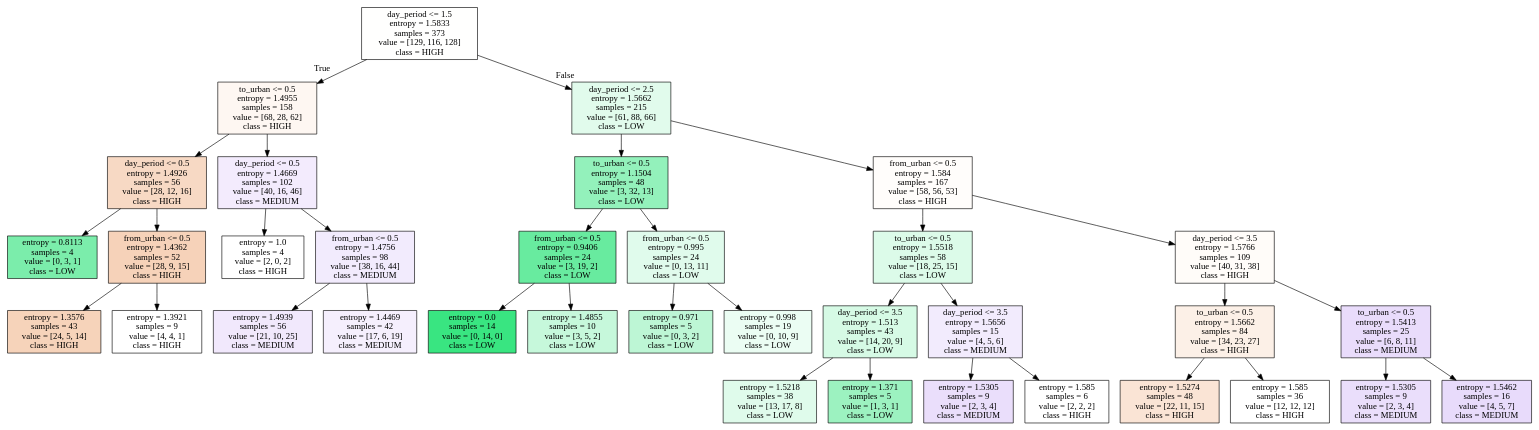
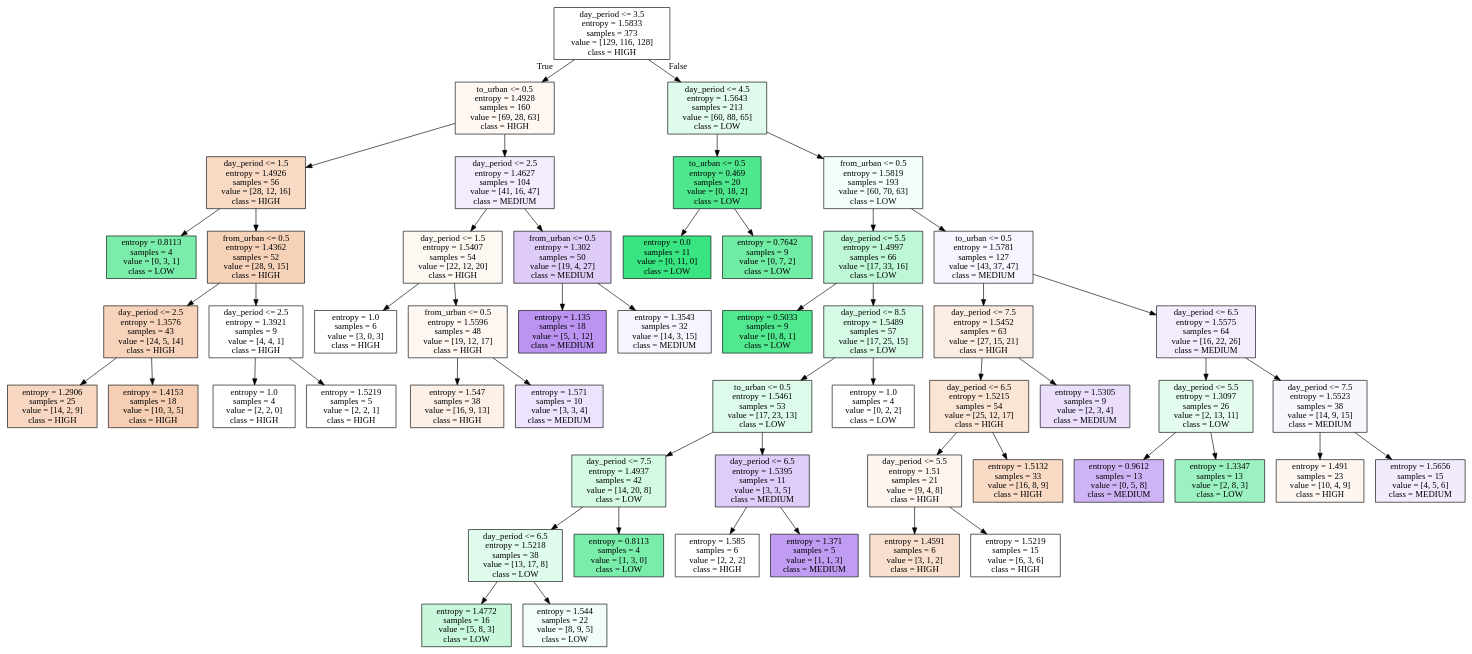
The diagram in MONDAY_iris.dot (alexdaube/BelgianTrainsOccupancy), drawn with Graphviz before and after one commit. The commit also changed 17 other files, not shown here.

```diff
--- a/MONDAY_iris.dot
+++ b/MONDAY_iris.dot
@@ -1,72 +1,108 @@
 digraph Tree {
 node [shape=box, style="filled", color="black"] ;
-0 [label="day_period <= 1.5\nentropy = 1.5833\nsamples = 373\nvalue = [129, 116, 128]\nclass = HIGH", fillcolor="#e5813901"] ;
-1 [label="to_urban <= 0.5\nentropy = 1.4955\nsamples = 158\nvalue = [68, 28, 62]\nclass = HIGH", fillcolor="#e5813910"] ;
+0 [label="day_period <= 3.5\nentropy = 1.5833\nsamples = 373\nvalue = [129, 116, 128]\nclass = HIGH", fillcolor="#e5813901"] ;
+1 [label="to_urban <= 0.5\nentropy = 1.4928\nsamples = 160\nvalue = [69, 28, 63]\nclass = HIGH", fillcolor="#e5813910"] ;
 0 -> 1 [labeldistance=2.5, labelangle=45, headlabel="True"] ;
-2 [label="day_period <= 0.5\nentropy = 1.4926\nsamples = 56\nvalue = [28, 12, 16]\nclass = HIGH", fillcolor="#e581394c"] ;
+2 [label="day_period <= 1.5\nentropy = 1.4926\nsamples = 56\nvalue = [28, 12, 16]\nclass = HIGH", fillcolor="#e581394c"] ;
 1 -> 2 ;
 3 [label="entropy = 0.8113\nsamples = 4\nvalue = [0, 3, 1]\nclass = LOW", fillcolor="#39e581aa"] ;
 2 -> 3 ;
 4 [label="from_urban <= 0.5\nentropy = 1.4362\nsamples = 52\nvalue = [28, 9, 15]\nclass = HIGH", fillcolor="#e581395a"] ;
 2 -> 4 ;
-5 [label="entropy = 1.3576\nsamples = 43\nvalue = [24, 5, 14]\nclass = HIGH", fillcolor="#e5813958"] ;
+5 [label="day_period <= 2.5\nentropy = 1.3576\nsamples = 43\nvalue = [24, 5, 14]\nclass = HIGH", fillcolor="#e5813958"] ;
 4 -> 5 ;
-6 [label="entropy = 1.3921\nsamples = 9\nvalue = [4, 4, 1]\nclass = HIGH", fillcolor="#e5813900"] ;
-4 -> 6 ;
-7 [label="day_period <= 0.5\nentropy = 1.4669\nsamples = 102\nvalue = [40, 16, 46]\nclass = MEDIUM", fillcolor="#8139e519"] ;
-1 -> 7 ;
-8 [label="entropy = 1.0\nsamples = 4\nvalue = [2, 0, 2]\nclass = HIGH", fillcolor="#e5813900"] ;
-7 -> 8 ;
-9 [label="from_urban <= 0.5\nentropy = 1.4756\nsamples = 98\nvalue = [38, 16, 44]\nclass = MEDIUM", fillcolor="#8139e51a"] ;
-7 -> 9 ;
-10 [label="entropy = 1.4939\nsamples = 56\nvalue = [21, 10, 25]\nclass = MEDIUM", fillcolor="#8139e51d"] ;
-9 -> 10 ;
-11 [label="entropy = 1.4469\nsamples = 42\nvalue = [17, 6, 19]\nclass = MEDIUM", fillcolor="#8139e514"] ;
-9 -> 11 ;
-12 [label="day_period <= 2.5\nentropy = 1.5662\nsamples = 215\nvalue = [61, 88, 66]\nclass = LOW", fillcolor="#39e58126"] ;
-0 -> 12 [labeldistance=2.5, labelangle=-45, headlabel="False"] ;
-13 [label="to_urban <= 0.5\nentropy = 1.1504\nsamples = 48\nvalue = [3, 32, 13]\nclass = LOW", fillcolor="#39e5818a"] ;
+6 [label="entropy = 1.2906\nsamples = 25\nvalue = [14, 2, 9]\nclass = HIGH", fillcolor="#e5813950"] ;
+5 -> 6 ;
+7 [label="entropy = 1.4153\nsamples = 18\nvalue = [10, 3, 5]\nclass = HIGH", fillcolor="#e5813962"] ;
+5 -> 7 ;
+8 [label="day_period <= 2.5\nentropy = 1.3921\nsamples = 9\nvalue = [4, 4, 1]\nclass = HIGH", fillcolor="#e5813900"] ;
+4 -> 8 ;
+9 [label="entropy = 1.0\nsamples = 4\nvalue = [2, 2, 0]\nclass = HIGH", fillcolor="#e5813900"] ;
+8 -> 9 ;
+10 [label="entropy = 1.5219\nsamples = 5\nvalue = [2, 2, 1]\nclass = HIGH", fillcolor="#e5813900"] ;
+8 -> 10 ;
+11 [label="day_period <= 2.5\nentropy = 1.4627\nsamples = 104\nvalue = [41, 16, 47]\nclass = MEDIUM", fillcolor="#8139e518"] ;
+1 -> 11 ;
+12 [label="day_period <= 1.5\nentropy = 1.5407\nsamples = 54\nvalue = [22, 12, 20]\nclass = HIGH", fillcolor="#e581390f"] ;
+11 -> 12 ;
+13 [label="entropy = 1.0\nsamples = 6\nvalue = [3, 0, 3]\nclass = HIGH", fillcolor="#e5813900"] ;
 12 -> 13 ;
-14 [label="from_urban <= 0.5\nentropy = 0.9406\nsamples = 24\nvalue = [3, 19, 2]\nclass = LOW", fillcolor="#39e581c2"] ;
-13 -> 14 ;
-15 [label="entropy = 0.0\nsamples = 14\nvalue = [0, 14, 0]\nclass = LOW", fillcolor="#39e581ff"] ;
+14 [label="from_urban <= 0.5\nentropy = 1.5596\nsamples = 48\nvalue = [19, 12, 17]\nclass = HIGH", fillcolor="#e5813910"] ;
+12 -> 14 ;
+15 [label="entropy = 1.547\nsamples = 38\nvalue = [16, 9, 13]\nclass = HIGH", fillcolor="#e581391f"] ;
 14 -> 15 ;
-16 [label="entropy = 1.4855\nsamples = 10\nvalue = [3, 5, 2]\nclass = LOW", fillcolor="#39e58149"] ;
+16 [label="entropy = 1.571\nsamples = 10\nvalue = [3, 3, 4]\nclass = MEDIUM", fillcolor="#8139e524"] ;
 14 -> 16 ;
-17 [label="from_urban <= 0.5\nentropy = 0.995\nsamples = 24\nvalue = [0, 13, 11]\nclass = LOW", fillcolor="#39e58127"] ;
-13 -> 17 ;
-18 [label="entropy = 0.971\nsamples = 5\nvalue = [0, 3, 2]\nclass = LOW", fillcolor="#39e58155"] ;
+17 [label="from_urban <= 0.5\nentropy = 1.302\nsamples = 50\nvalue = [19, 4, 27]\nclass = MEDIUM", fillcolor="#8139e542"] ;
+11 -> 17 ;
+18 [label="entropy = 1.135\nsamples = 18\nvalue = [5, 1, 12]\nclass = MEDIUM", fillcolor="#8139e589"] ;
 17 -> 18 ;
-19 [label="entropy = 0.998\nsamples = 19\nvalue = [0, 10, 9]\nclass = LOW", fillcolor="#39e58119"] ;
+19 [label="entropy = 1.3543\nsamples = 32\nvalue = [14, 3, 15]\nclass = MEDIUM", fillcolor="#8139e50e"] ;
 17 -> 19 ;
-20 [label="from_urban <= 0.5\nentropy = 1.584\nsamples = 167\nvalue = [58, 56, 53]\nclass = HIGH", fillcolor="#e5813905"] ;
-12 -> 20 ;
-21 [label="to_urban <= 0.5\nentropy = 1.5518\nsamples = 58\nvalue = [18, 25, 15]\nclass = LOW", fillcolor="#39e5812d"] ;
+20 [label="day_period <= 4.5\nentropy = 1.5643\nsamples = 213\nvalue = [60, 88, 65]\nclass = LOW", fillcolor="#39e58128"] ;
+0 -> 20 [labeldistance=2.5, labelangle=-45, headlabel="False"] ;
+21 [label="to_urban <= 0.5\nentropy = 0.469\nsamples = 20\nvalue = [0, 18, 2]\nclass = LOW", fillcolor="#39e581e3"] ;
 20 -> 21 ;
-22 [label="day_period <= 3.5\nentropy = 1.513\nsamples = 43\nvalue = [14, 20, 9]\nclass = LOW", fillcolor="#39e58135"] ;
+22 [label="entropy = 0.0\nsamples = 11\nvalue = [0, 11, 0]\nclass = LOW", fillcolor="#39e581ff"] ;
 21 -> 22 ;
-23 [label="entropy = 1.5218\nsamples = 38\nvalue = [13, 17, 8]\nclass = LOW", fillcolor="#39e58129"] ;
-22 -> 23 ;
-24 [label="entropy = 1.371\nsamples = 5\nvalue = [1, 3, 1]\nclass = LOW", fillcolor="#39e5817f"] ;
-22 -> 24 ;
-25 [label="day_period <= 3.5\nentropy = 1.5656\nsamples = 15\nvalue = [4, 5, 6]\nclass = MEDIUM", fillcolor="#8139e51a"] ;
-21 -> 25 ;
-26 [label="entropy = 1.5305\nsamples = 9\nvalue = [2, 3, 4]\nclass = MEDIUM", fillcolor="#8139e52a"] ;
+23 [label="entropy = 0.7642\nsamples = 9\nvalue = [0, 7, 2]\nclass = LOW", fillcolor="#39e581b6"] ;
+21 -> 23 ;
+24 [label="from_urban <= 0.5\nentropy = 1.5819\nsamples = 193\nvalue = [60, 70, 63]\nclass = LOW", fillcolor="#39e5810e"] ;
+20 -> 24 ;
+25 [label="day_period <= 5.5\nentropy = 1.4997\nsamples = 66\nvalue = [17, 33, 16]\nclass = LOW", fillcolor="#39e58153"] ;
+24 -> 25 ;
+26 [label="entropy = 0.5033\nsamples = 9\nvalue = [0, 8, 1]\nclass = LOW", fillcolor="#39e581df"] ;
 25 -> 26 ;
-27 [label="entropy = 1.585\nsamples = 6\nvalue = [2, 2, 2]\nclass = HIGH", fillcolor="#e5813900"] ;
+27 [label="day_period <= 8.5\nentropy = 1.5489\nsamples = 57\nvalue = [17, 25, 15]\nclass = LOW", fillcolor="#39e58133"] ;
 25 -> 27 ;
-28 [label="day_period <= 3.5\nentropy = 1.5766\nsamples = 109\nvalue = [40, 31, 38]\nclass = HIGH", fillcolor="#e5813907"] ;
-20 -> 28 ;
-29 [label="to_urban <= 0.5\nentropy = 1.5662\nsamples = 84\nvalue = [34, 23, 27]\nclass = HIGH", fillcolor="#e581391f"] ;
+28 [label="to_urban <= 0.5\nentropy = 1.5461\nsamples = 53\nvalue = [17, 23, 13]\nclass = LOW", fillcolor="#39e5812b"] ;
+27 -> 28 ;
+29 [label="day_period <= 7.5\nentropy = 1.4937\nsamples = 42\nvalue = [14, 20, 8]\nclass = LOW", fillcolor="#39e58137"] ;
 28 -> 29 ;
-30 [label="entropy = 1.5274\nsamples = 48\nvalue = [22, 11, 15]\nclass = HIGH", fillcolor="#e5813936"] ;
+30 [label="day_period <= 6.5\nentropy = 1.5218\nsamples = 38\nvalue = [13, 17, 8]\nclass = LOW", fillcolor="#39e58129"] ;
 29 -> 30 ;
-31 [label="entropy = 1.585\nsamples = 36\nvalue = [12, 12, 12]\nclass = HIGH", fillcolor="#e5813900"] ;
-29 -> 31 ;
-32 [label="to_urban <= 0.5\nentropy = 1.5413\nsamples = 25\nvalue = [6, 8, 11]\nclass = MEDIUM", fillcolor="#8139e52d"] ;
-28 -> 32 ;
-33 [label="entropy = 1.5305\nsamples = 9\nvalue = [2, 3, 4]\nclass = MEDIUM", fillcolor="#8139e52a"] ;
-32 -> 33 ;
-34 [label="entropy = 1.5462\nsamples = 16\nvalue = [4, 5, 7]\nclass = MEDIUM", fillcolor="#8139e52e"] ;
-32 -> 34 ;
+31 [label="entropy = 1.4772\nsamples = 16\nvalue = [5, 8, 3]\nclass = LOW", fillcolor="#39e58146"] ;
+30 -> 31 ;
+32 [label="entropy = 1.544\nsamples = 22\nvalue = [8, 9, 5]\nclass = LOW", fillcolor="#39e58112"] ;
+30 -> 32 ;
+33 [label="entropy = 0.8113\nsamples = 4\nvalue = [1, 3, 0]\nclass = LOW", fillcolor="#39e581aa"] ;
+29 -> 33 ;
+34 [label="day_period <= 6.5\nentropy = 1.5395\nsamples = 11\nvalue = [3, 3, 5]\nclass = MEDIUM", fillcolor="#8139e540"] ;
+28 -> 34 ;
+35 [label="entropy = 1.585\nsamples = 6\nvalue = [2, 2, 2]\nclass = HIGH", fillcolor="#e5813900"] ;
+34 -> 35 ;
+36 [label="entropy = 1.371\nsamples = 5\nvalue = [1, 1, 3]\nclass = MEDIUM", fillcolor="#8139e57f"] ;
+34 -> 36 ;
+37 [label="entropy = 1.0\nsamples = 4\nvalue = [0, 2, 2]\nclass = LOW", fillcolor="#39e58100"] ;
+27 -> 37 ;
+38 [label="to_urban <= 0.5\nentropy = 1.5781\nsamples = 127\nvalue = [43, 37, 47]\nclass = MEDIUM", fillcolor="#8139e50c"] ;
+24 -> 38 ;
+39 [label="day_period <= 7.5\nentropy = 1.5452\nsamples = 63\nvalue = [27, 15, 21]\nclass = HIGH", fillcolor="#e5813924"] ;
+38 -> 39 ;
+40 [label="day_period <= 6.5\nentropy = 1.5215\nsamples = 54\nvalue = [25, 12, 17]\nclass = HIGH", fillcolor="#e5813937"] ;
+39 -> 40 ;
+41 [label="day_period <= 5.5\nentropy = 1.51\nsamples = 21\nvalue = [9, 4, 8]\nclass = HIGH", fillcolor="#e5813914"] ;
+40 -> 41 ;
+42 [label="entropy = 1.4591\nsamples = 6\nvalue = [3, 1, 2]\nclass = HIGH", fillcolor="#e5813940"] ;
+41 -> 42 ;
+43 [label="entropy = 1.5219\nsamples = 15\nvalue = [6, 3, 6]\nclass = HIGH", fillcolor="#e5813900"] ;
+41 -> 43 ;
+44 [label="entropy = 1.5132\nsamples = 33\nvalue = [16, 8, 9]\nclass = HIGH", fillcolor="#e581394a"] ;
+40 -> 44 ;
+45 [label="entropy = 1.5305\nsamples = 9\nvalue = [2, 3, 4]\nclass = MEDIUM", fillcolor="#8139e52a"] ;
+39 -> 45 ;
+46 [label="day_period <= 6.5\nentropy = 1.5575\nsamples = 64\nvalue = [16, 22, 26]\nclass = MEDIUM", fillcolor="#8139e518"] ;
+38 -> 46 ;
+47 [label="day_period <= 5.5\nentropy = 1.3097\nsamples = 26\nvalue = [2, 13, 11]\nclass = LOW", fillcolor="#39e58122"] ;
+46 -> 47 ;
+48 [label="entropy = 0.9612\nsamples = 13\nvalue = [0, 5, 8]\nclass = MEDIUM", fillcolor="#8139e560"] ;
+47 -> 48 ;
+49 [label="entropy = 1.3347\nsamples = 13\nvalue = [2, 8, 3]\nclass = LOW", fillcolor="#39e58180"] ;
+47 -> 49 ;
+50 [label="day_period <= 7.5\nentropy = 1.5523\nsamples = 38\nvalue = [14, 9, 15]\nclass = MEDIUM", fillcolor="#8139e50b"] ;
+46 -> 50 ;
+51 [label="entropy = 1.491\nsamples = 23\nvalue = [10, 4, 9]\nclass = HIGH", fillcolor="#e5813912"] ;
+50 -> 51 ;
+52 [label="entropy = 1.5656\nsamples = 15\nvalue = [4, 5, 6]\nclass = MEDIUM", fillcolor="#8139e51a"] ;
+50 -> 52 ;
 }
```
